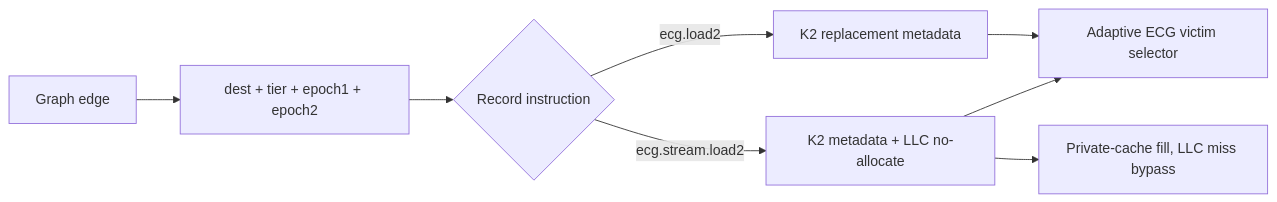
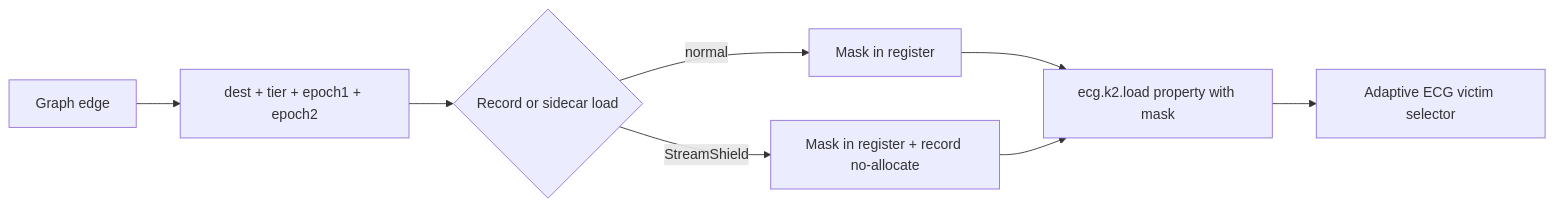
One commit to UVA-LavaLab/GraphBrew changed the diagram in README.md. Above: the diagram before and after it, drawn with Mermaid. The commit also changed other lines of this file and 33 other files, not shown here.

First line of the commit message:
feat(ecg): bind K2 masks to property loads

````diff
--- a/README.md
+++ b/README.md
@@ -20,10 +20,10 @@
 ```mermaid
 flowchart LR
     A[Graph edge] --> B[dest + tier + epoch1 + epoch2]
-    B --> C{Record instruction}
-    C -->|ecg.load2| D[K2 replacement metadata]
-    C -->|ecg.stream.load2| E[K2 metadata + LLC no-allocate]
-    D --> F[Adaptive ECG victim selector]
+    B --> C{Record or sidecar load}
+    C -->|normal| D[Mask in register]
+    C -->|StreamShield| E[Mask in register + record no-allocate]
+    D --> F[ecg.k2.load property with mask]
     E --> F
-    E --> G[Private-cache fill, LLC miss bypass]
+    F --> G[Adaptive ECG victim selector]
 ```
````
